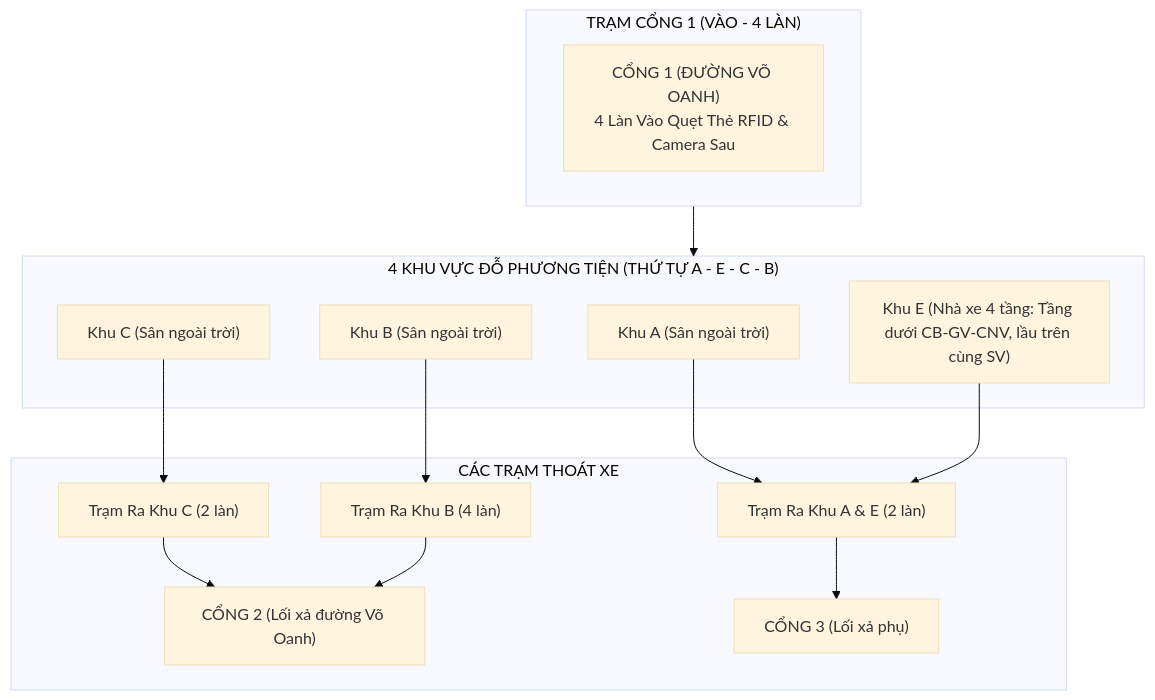
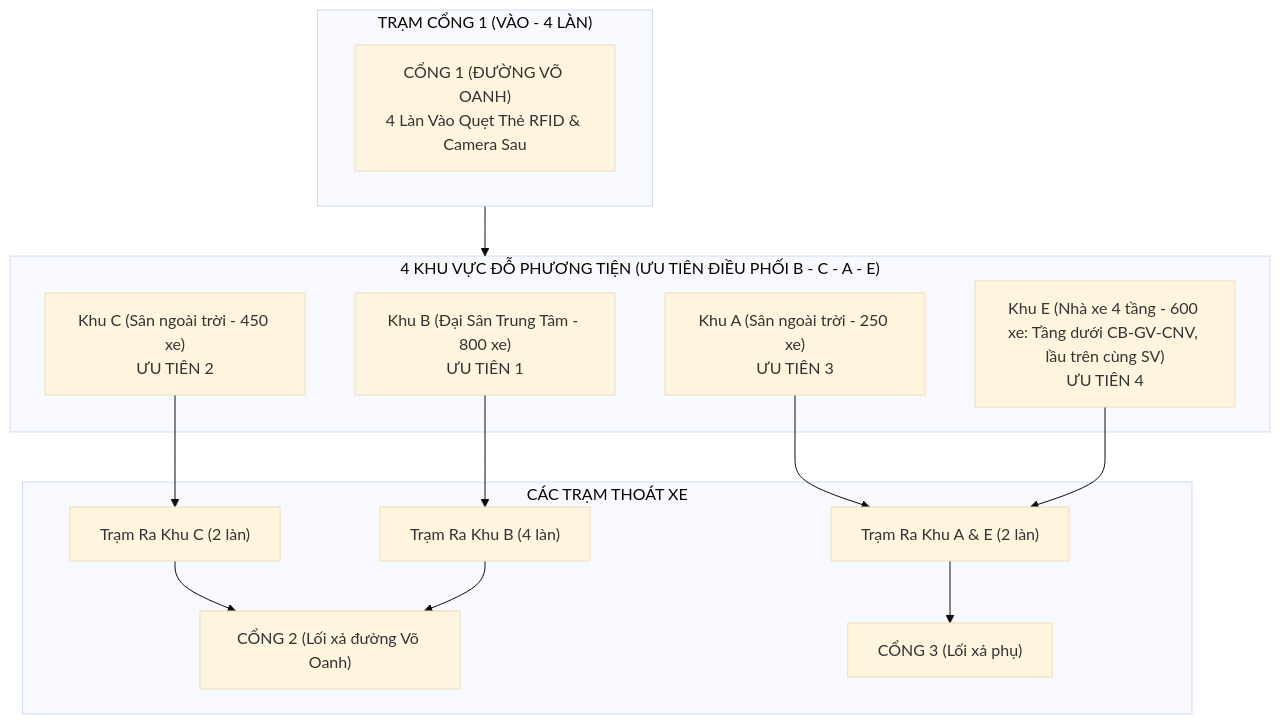
One commit to qhuynguyen0812-cyber/DATTCNPM-Smart-Parking changed the diagram in docs/SRS_SO_BO_SMART_PARKING_UTH_SE.md. Above: the diagram before and after it, drawn with Mermaid (base theme). The commit also changed other lines of this file and 7 other files, not shown here.

````diff
--- a/docs/SRS_SO_BO_SMART_PARKING_UTH_SE.md
+++ b/docs/SRS_SO_BO_SMART_PARKING_UTH_SE.md
@@ -41,25 +41,25 @@
 ```mermaid
 flowchart TD
     subgraph EntranceGate["TRẠM CỔNG 1 (VÀO - 4 LÀN)"]
         G1["CỔNG 1 (ĐƯỜNG VÕ OANH)<br>4 Làn Vào Quẹt Thẻ RFID & Camera Sau"]
     end
 
-    subgraph CampusZones["4 KHU VỰC ĐỖ PHƯƠNG TIỆN (THỨ TỰ A - E - C - B)"]
-        ZA["Khu A (Sân ngoài trời)"]
-        ZE["Khu E (Nhà xe 4 tầng: Tầng dưới CB-GV-CNV, lầu trên cùng SV)"]
-        ZC["Khu C (Sân ngoài trời)"]
-        ZB["Khu B (Sân ngoài trời)"]
+    subgraph CampusZones["4 KHU VỰC ĐỖ PHƯƠNG TIỆN (ƯU TIÊN ĐIỀU PHỐI B - C - A - E)"]
+        ZB["Khu B (Đại Sân Trung Tâm - 800 xe)<br>ƯU TIÊN 1"]
+        ZC["Khu C (Sân ngoài trời - 450 xe)<br>ƯU TIÊN 2"]
+        ZA["Khu A (Sân ngoài trời - 250 xe)<br>ƯU TIÊN 3"]
+        ZE["Khu E (Nhà xe 4 tầng - 600 xe: Tầng dưới CB-GV-CNV, lầu trên cùng SV)<br>ƯU TIÊN 4"]
     end
 
     subgraph ExitStations["CÁC TRẠM THOÁT XE"]
         TC["Trạm Ra Khu C (2 làn)"] --> Gate2["CỔNG 2 (Lối xả đường Võ Oanh)"]
         TB["Trạm Ra Khu B (4 làn)"] --> Gate2
         TAE["Trạm Ra Khu A & E (2 làn)"] --> Gate3["CỔNG 3 (Lối xả phụ)"]
     end
 
     EntranceGate --> CampusZones
+    ZB --> TB
+    ZC --> TC
     ZA --> TAE
     ZE --> TAE
-    ZC --> TC
-    ZB --> TB
 ```
````
